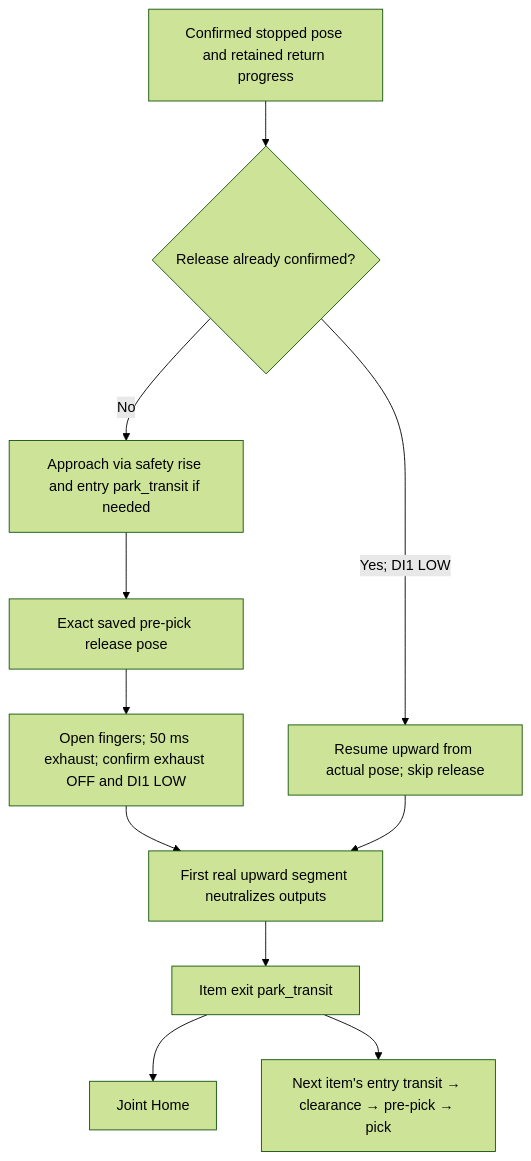
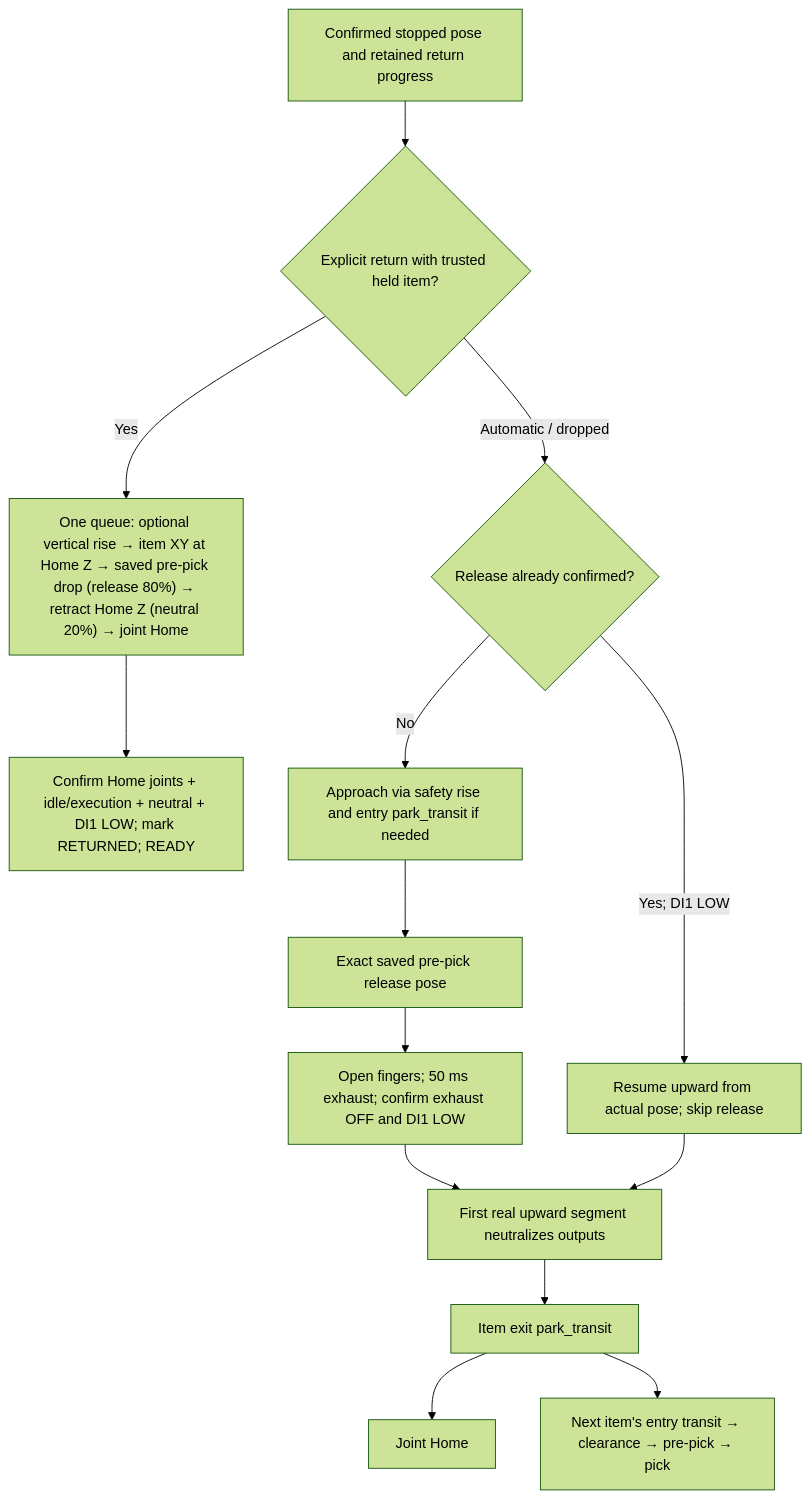
The ninth of 9 diagrams in docs/ROBOT_CONTROLLER_FSM.md (esgange/dobot_picknplace_yolo), drawn with Mermaid (forest theme) before and after one commit. The commit also changed other lines of this file and 15 other files, not shown here.

Commit message:
Queue held item return through timed release and taught Home

````diff
--- a/docs/ROBOT_CONTROLLER_FSM.md
+++ b/docs/ROBOT_CONTROLLER_FSM.md
@@ -867,13 +874,16 @@
 ```mermaid
 flowchart TD
-    Start["Confirmed stopped pose and retained return progress"] --> Released{"Release already confirmed?"}
+    Start["Confirmed stopped pose and retained return progress"] --> Kind{"Explicit return with trusted held item?"}
+    Kind -->|Yes| Queue["One queue: optional vertical rise → item XY at Home Z → saved pre-pick drop (release 80%) → retract Home Z (neutral 20%) → joint Home"]
+    Queue --> Done["Confirm Home joints + idle/execution + neutral + DI1 LOW; mark RETURNED; READY"]
+    Kind -->|Automatic / dropped| Released{"Release already confirmed?"}
     Released -->|No| Up["Approach via safety rise and entry park_transit if needed"]
     Up --> Release["Exact saved pre-pick release pose"]
     Release --> Pulse["Open fingers; 50 ms exhaust; confirm exhaust OFF and DI1 LOW"]
     Pulse --> Retreat["First real upward segment neutralizes outputs"]
     Released -->|Yes; DI1 LOW| Resume["Resume upward from actual pose; skip release"]
     Resume --> Retreat
     Retreat --> Exit["Item exit park_transit"]
     Exit --> Home["Joint Home"]
     Exit --> Next["Next item's entry transit → clearance → pre-pick → pick"]
 ```
````
